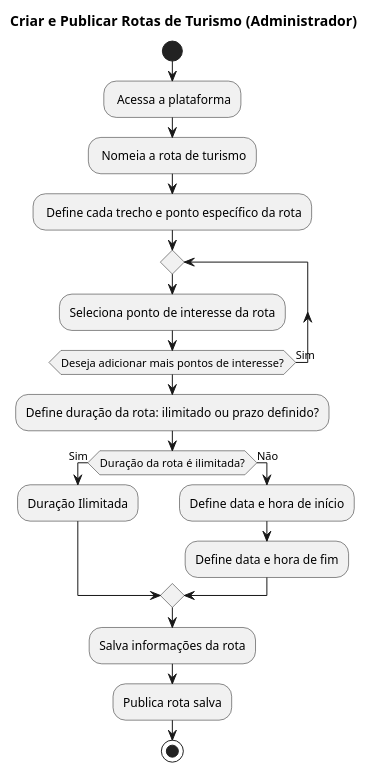
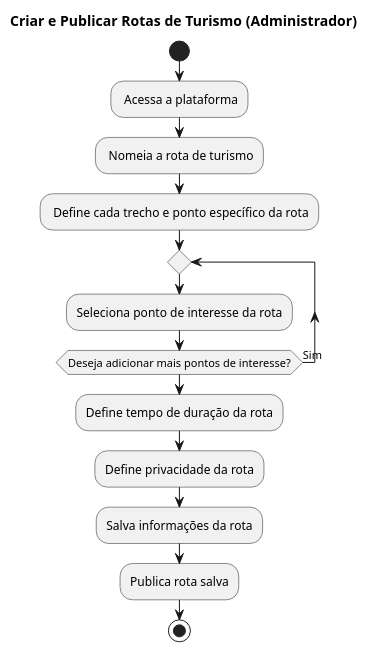
Before and after one commit to FateCoders/tripmaker-documentation: the diagram in diagrams/atividades/cadastrar_rotas.puml, drawn with PlantUML. The commit also changed 2 other files, not shown here.

Commit message:
:memo: Diagramas de Atividades completos

```diff
--- a/diagrams/atividades/cadastrar_rotas.puml
+++ b/diagrams/atividades/cadastrar_rotas.puml
@@ -1,28 +1,22 @@
 @startuml
 title Criar e Publicar Rotas de Turismo (Administrador)
 
 start
 
 : Acessa a plataforma;
 : Nomeia a rota de turismo;
 : Define cada trecho e ponto específico da rota;
 
 repeat
   :Seleciona ponto de interesse da rota;
 repeat while (Deseja adicionar mais pontos de interesse?) is (Sim)
 
-:Define duração da rota: ilimitado ou prazo definido?;
-
-if (Duração da rota é ilimitada?) then (Sim)
-  :Duração Ilimitada;
-else (Não)
-  :Define data e hora de início;
-  :Define data e hora de fim;
-endif
+:Define tempo de duração da rota;
+:Define privacidade da rota;
 
 :Salva informações da rota;
 :Publica rota salva;
 
 stop
 
 @enduml
```
